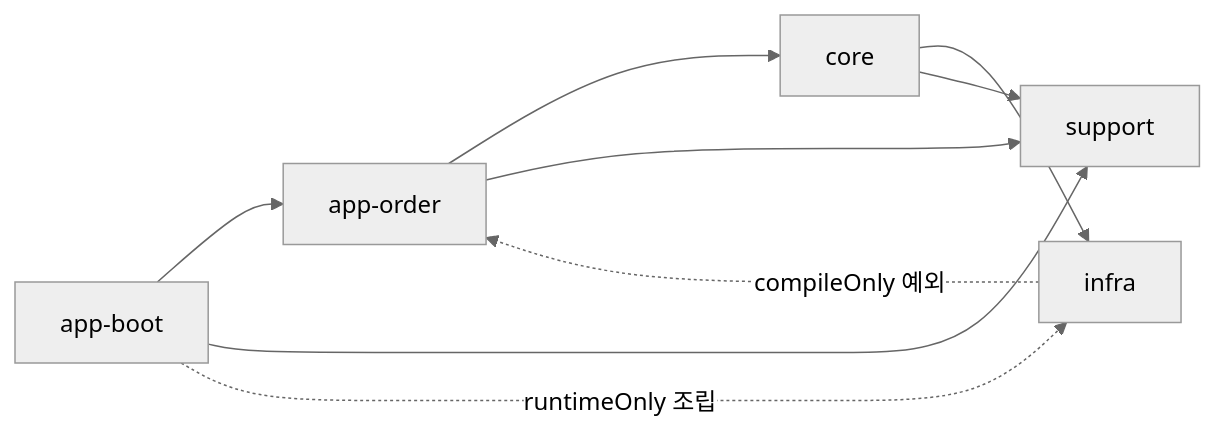
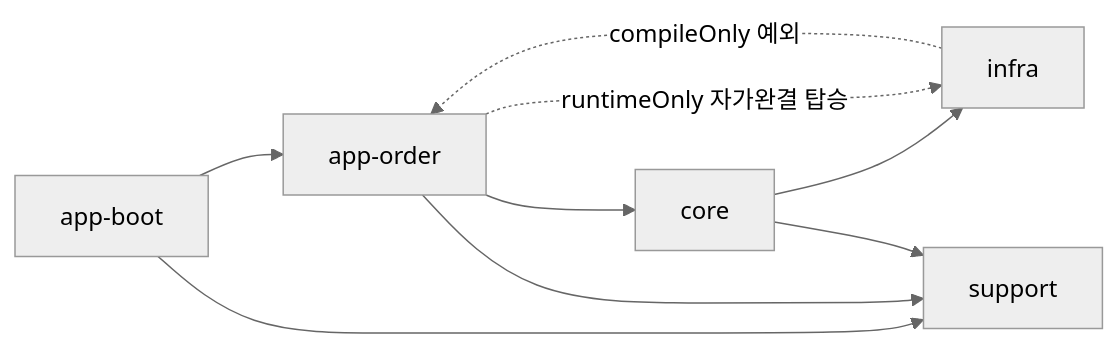
Before and after one commit to e-build/my-agent-prompt: the second of 2 diagrams in resources/skills/dev/me-refactor-layered-arch/refs/module-architecture.md, drawn with Mermaid (neutral theme). The commit also changed other lines of this file and 2 other files, not shown here.

````diff
--- a/resources/skills/dev/me-refactor-layered-arch/refs/module-architecture.md
+++ b/resources/skills/dev/me-refactor-layered-arch/refs/module-architecture.md
@@ -97,11 +97,11 @@
 ```mermaid
 flowchart LR
     app-boot --> app-order
     app-order --> core
     core --> infra
     app-boot --> support
     app-order --> support
     core --> support
     infra -.->|compileOnly 예외| app-order
-    app-boot -.->|runtimeOnly 조립| infra
+    app-order -.->|runtimeOnly 자가완결 탑승| infra
 ```
````
